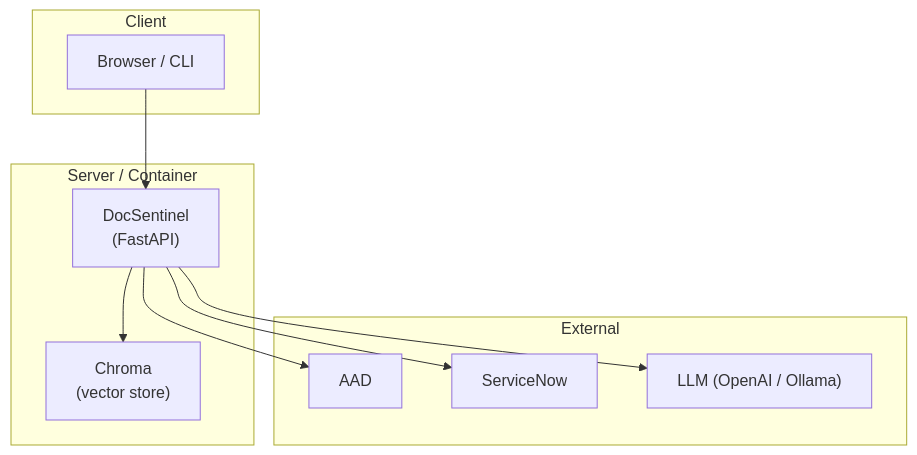
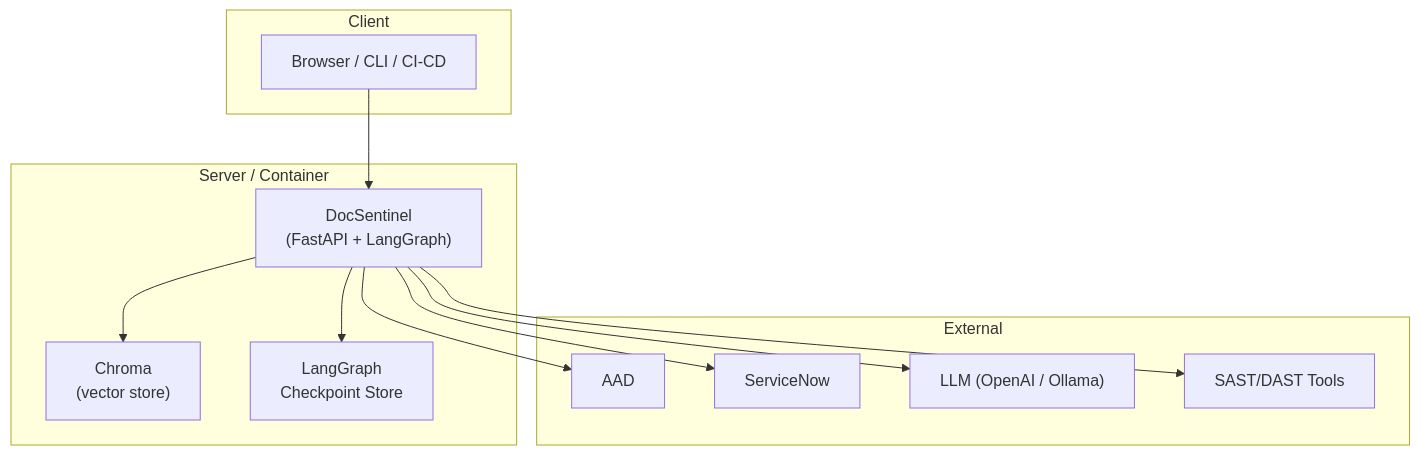
Before and after one commit to arthurpanhku/DocSentinel: the sixth of 6 diagrams in ARCHITECTURE.md, drawn with Mermaid. The commit also changed other lines of this file and 9 other files, not shown here.

````diff
--- a/ARCHITECTURE.md
+++ b/ARCHITECTURE.md
@@ -235,20 +348,24 @@
 ```mermaid
 flowchart TB
     subgraph Client["Client"]
-        Browser["Browser / CLI"]
+        Browser["Browser / CLI / CI-CD"]
     end
     subgraph Server["Server / Container"]
-        App["DocSentinel\n(FastAPI)"]
+        App["DocSentinel\n(FastAPI + LangGraph)"]
         Chroma["Chroma\n(vector store)"]
+        Checkpoint["LangGraph\nCheckpoint Store"]
     end
     subgraph External["External"]
         AAD["AAD"]
         SN["ServiceNow"]
         LLM["LLM (OpenAI / Ollama)"]
+        SecTools["SAST/DAST Tools"]
     end
     Browser --> App
     App --> Chroma
+    App --> Checkpoint
     App --> AAD
     App --> SN
     App --> LLM
+    App --> SecTools
 ```
````
